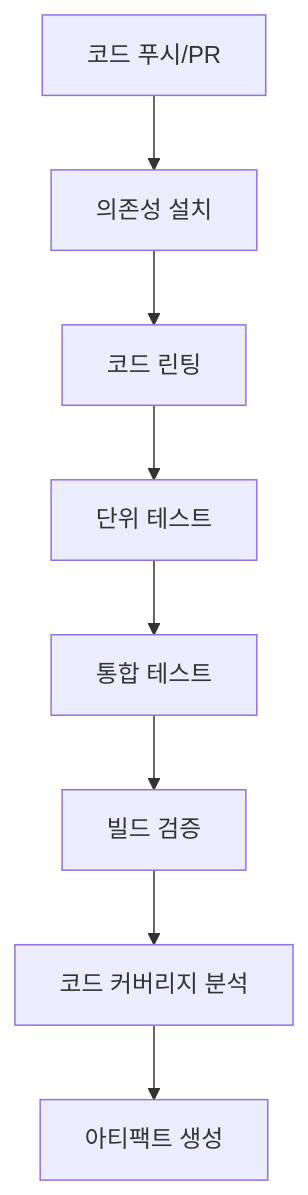
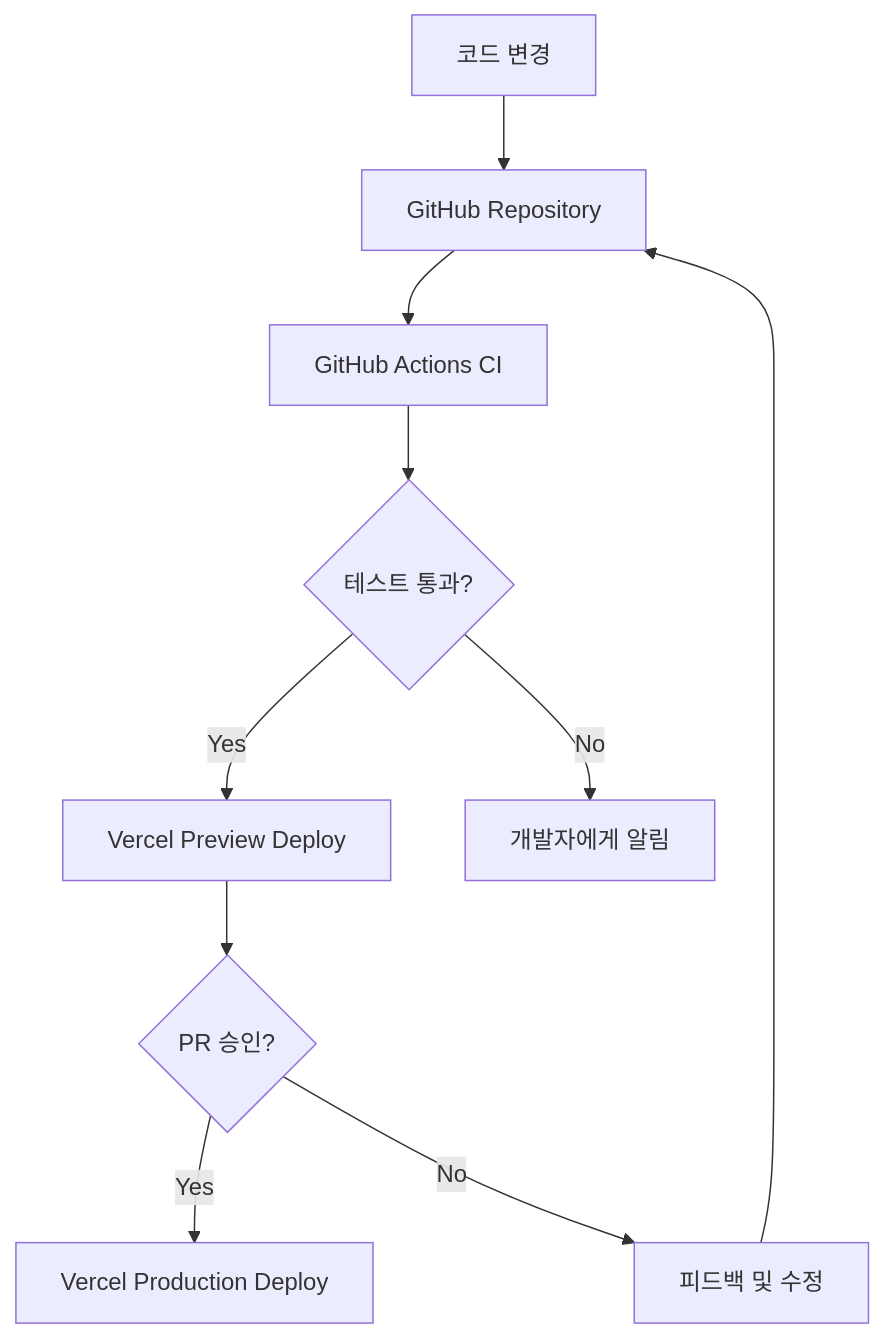
Before and after one commit to bzjay53/keywordpulse: the diagram in Docs/CICDPipeline.md, drawn with Mermaid. The commit also changed other lines of this file and 4 other files, not shown here.

Commit message:
문서 업데이트: 의존성 관리, 코드 품질 가이드라인, 테스트 전략, CI/CD 파이프라인, 보안 가이드라인

````diff
--- a/Docs/CICDPipeline.md
+++ b/Docs/CICDPipeline.md
@@ -18,10 +11,12 @@
 ```mermaid
 graph TD
-    A[코드 푸시/PR] --> B[의존성 설치]
-    B --> C[코드 린팅]
-    C --> D[단위 테스트]
-    D --> E[통합 테스트]
-    E --> F[빌드 검증]
-    F --> G[코드 커버리지 분석]
-    G --> H[아티팩트 생성]
+    A[코드 변경] --> B[GitHub Repository]
+    B --> C[GitHub Actions CI]
+    C --> D{테스트 통과?}
+    D -->|Yes| E[Vercel Preview Deploy]
+    D -->|No| F[개발자에게 알림]
+    E --> G{PR 승인?}
+    G -->|Yes| H[Vercel Production Deploy]
+    G -->|No| I[피드백 및 수정]
+    I --> B
 ```
````
